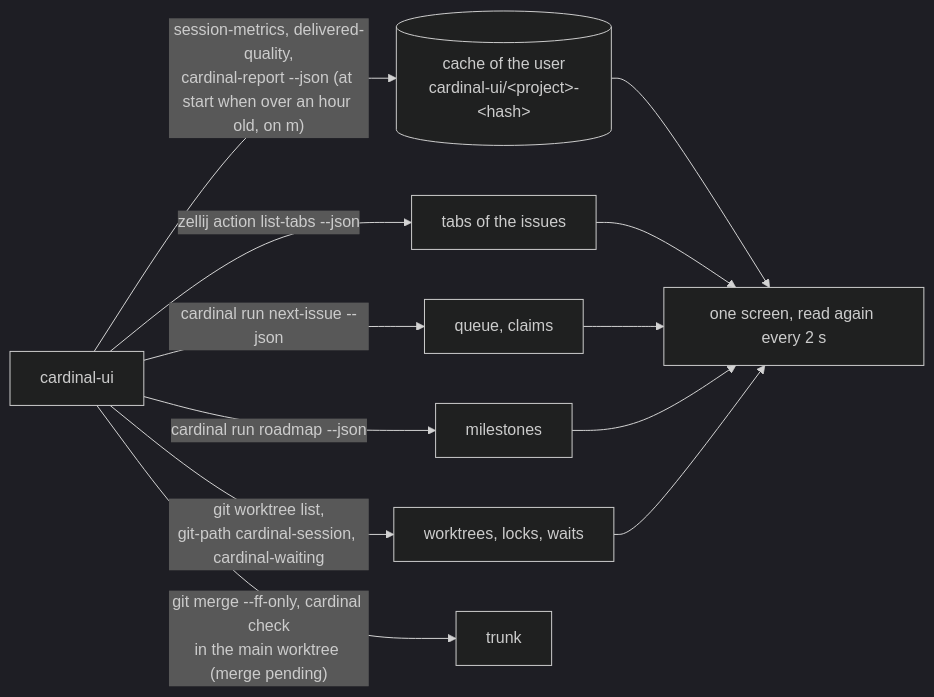
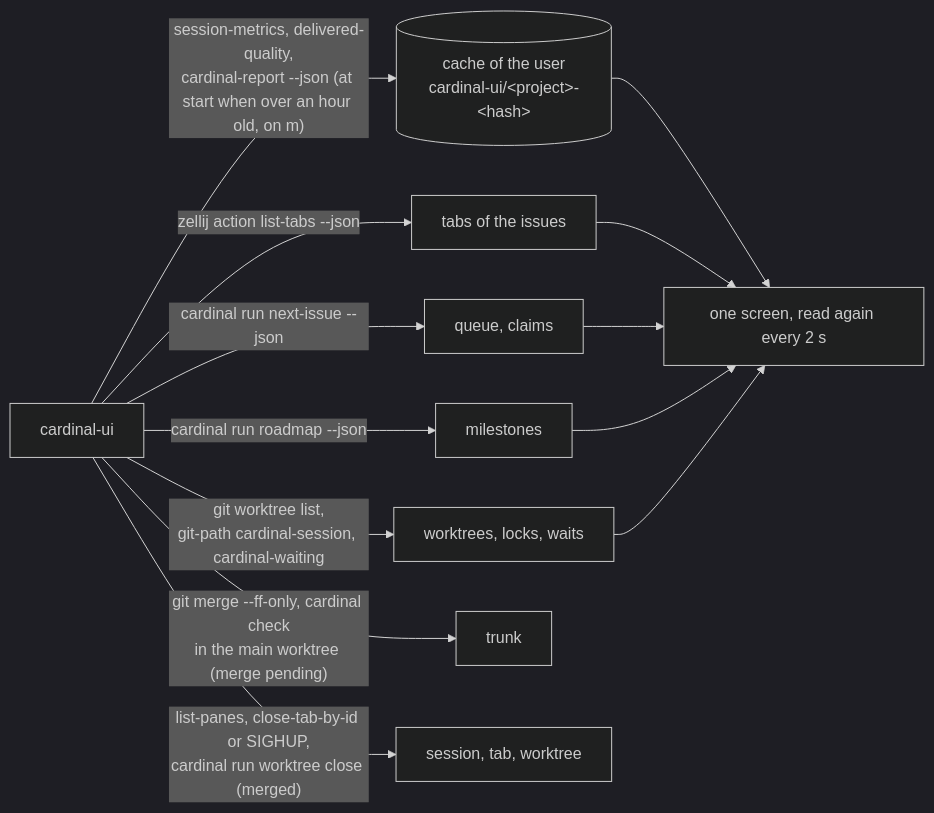
The third of 3 diagrams in docs/architecture.md (Electron-libre/cardinal), drawn with Mermaid (dark theme) before and after one commit. The commit also changed other lines of this file and 9 other files, not shown here.

````diff
--- a/docs/architecture.md
+++ b/docs/architecture.md
@@ -246,14 +247,15 @@
 ```mermaid
 flowchart LR
   ui["cardinal-ui"] -->|"cardinal run next-issue --json"| queue["queue, claims"]
   ui -->|"cardinal run roadmap --json"| milestones["milestones"]
   ui -->|"git worktree list,<br/>git-path cardinal-session, cardinal-waiting"| worktrees["worktrees, locks, waits"]
   ui -->|"zellij action list-tabs --json"| tabs["tabs of the issues"]
   ui -->|"session-metrics, delivered-quality,<br/>cardinal-report --json (at start when over an hour old, on m)"| cache[("cache of the user<br/>cardinal-ui/&lt;project&gt;-&lt;hash&gt;")]
   ui -->|"git merge --ff-only, cardinal check<br/>in the main worktree (merge pending)"| trunk["trunk"]
+  ui -->|"list-panes, close-tab-by-id or SIGHUP,<br/>cardinal run worktree close (merged)"| ended["session, tab, worktree"]
   cache --> screen
   tabs --> screen
   queue --> screen["one screen, read again every 2 s"]
   milestones --> screen
   worktrees --> screen
 ```
````
